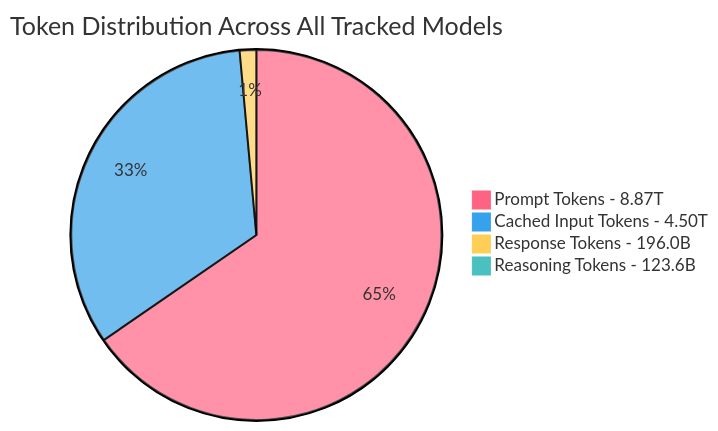
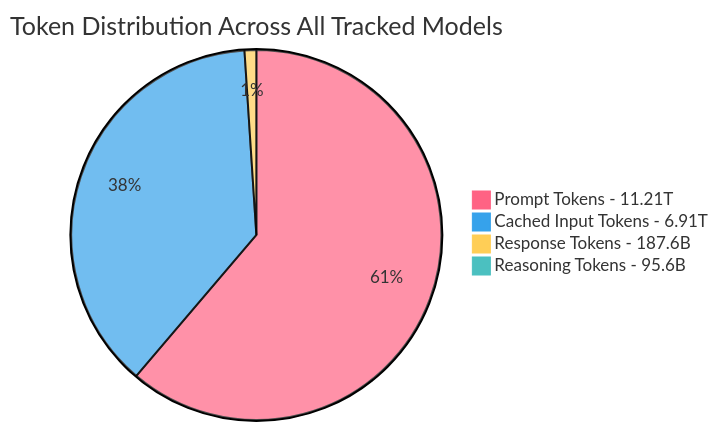
One commit to johnbean393/openrouter-inference-stats changed the fourth of 4 diagrams in README.md. Above: the diagram before and after it, drawn with Mermaid. The commit also changed other lines of this file and 1 other file, not shown here.

````diff
--- a/README.md
+++ b/README.md
@@ -54,9 +54,9 @@
 ```mermaid
 %%{init: {'theme': 'base', 'themeVariables': {'pie1': '#FF6384', 'pie2': '#36A2EB', 'pie3': '#FFCE56', 'pie4': '#4BC0C0', 'pie5': '#9966FF', 'pie6': '#FF9F40', 'pie7': '#2ECC71', 'pie8': '#FF66B2', 'pie9': '#00CCFF', 'pie10': '#E74C3C', 'pie11': '#F39C12', 'pie12': '#1ABC9C'}}}%%
 pie
     title Token Distribution Across All Tracked Models
-    "Prompt Tokens - 8.87T" : 8866825652827
-    "Cached Input Tokens - 4.50T" : 4495058425771
-    "Response Tokens - 196.0B" : 196007023737
-    "Reasoning Tokens - 123.6B" : 123600166624
+    "Prompt Tokens - 11.21T" : 11207117857261
+    "Cached Input Tokens - 6.91T" : 6908036153201
+    "Response Tokens - 187.6B" : 187587852607
+    "Reasoning Tokens - 95.6B" : 95621076680
 ```
````
